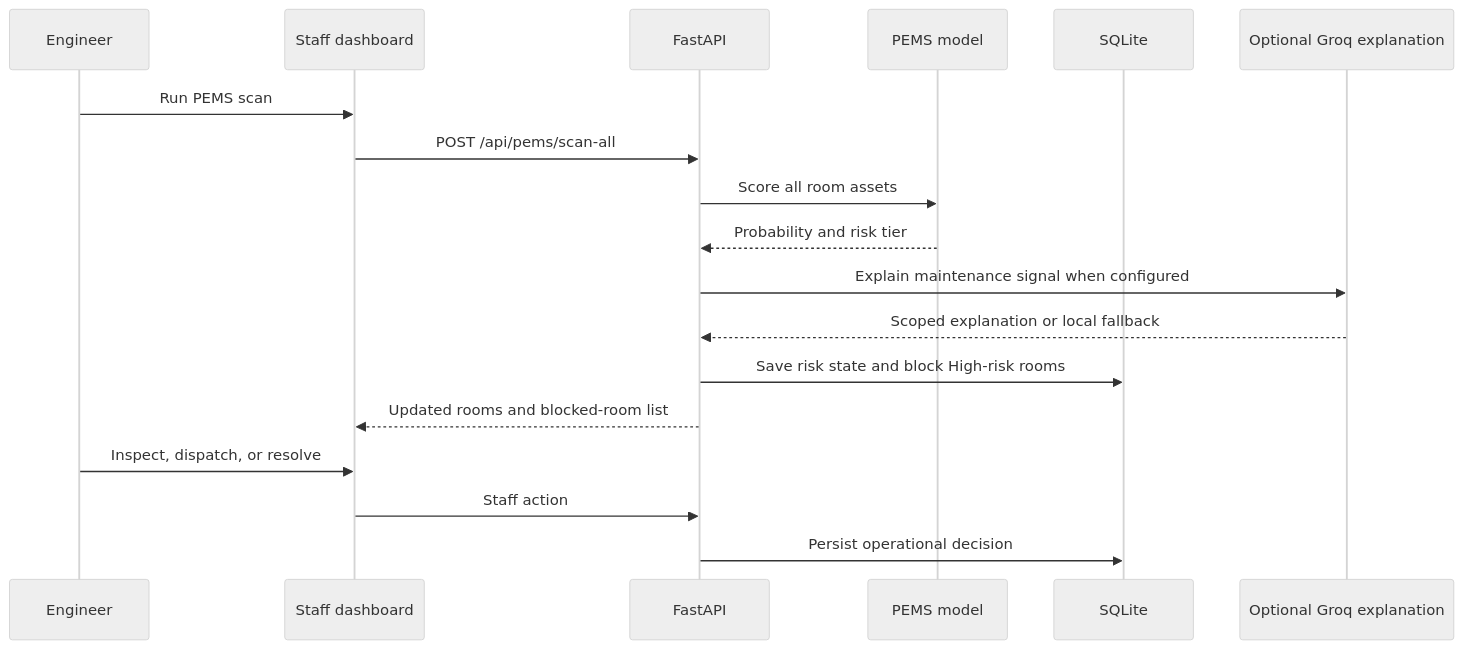
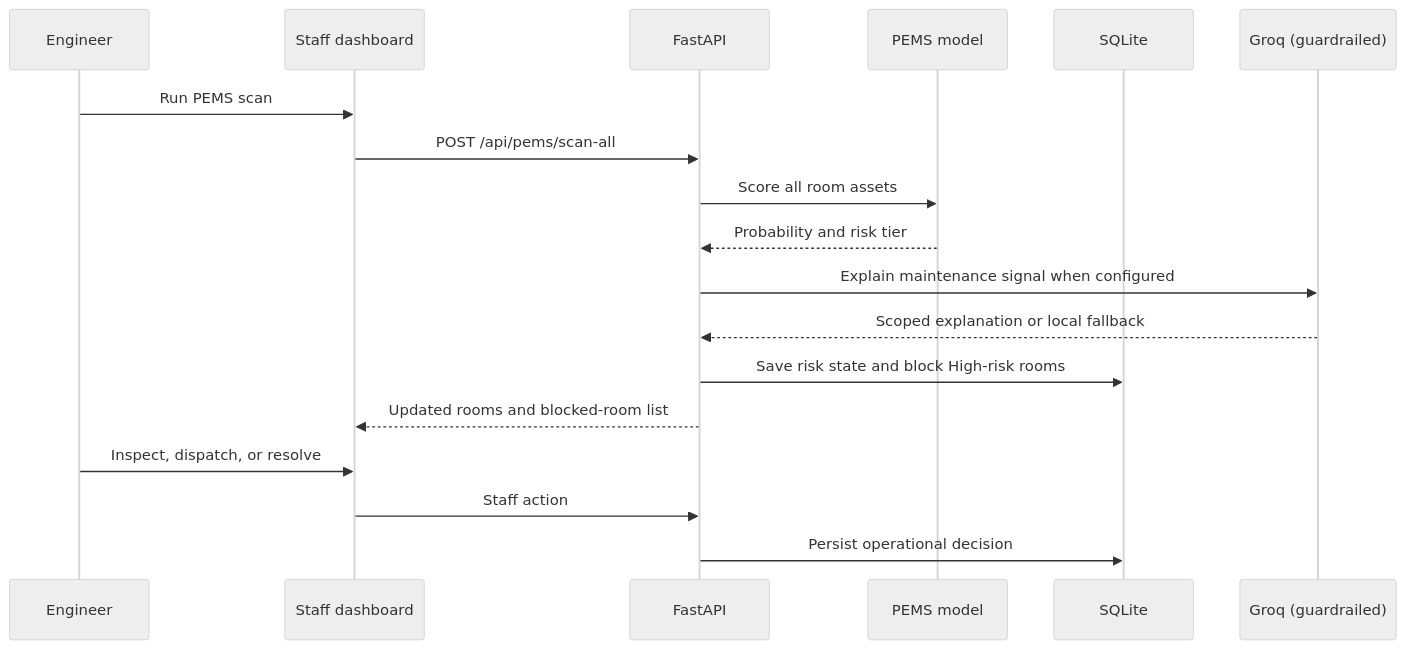
Before and after one commit to The-4Script/ResortOS: the third of 3 diagrams in README.md, drawn with Mermaid (neutral theme). The commit also changed other lines of this file, not shown here.

````diff
--- a/README.md
+++ b/README.md
@@ -150,21 +122,21 @@
 ```mermaid
 sequenceDiagram
     participant Engineer
     participant UI as Staff dashboard
     participant API as FastAPI
     participant PEMS as PEMS model
     participant DB as SQLite
-    participant AI as Optional Groq explanation
+    participant AI as Groq (guardrailed)
 
     Engineer->>UI: Run PEMS scan
     UI->>API: POST /api/pems/scan-all
     API->>PEMS: Score all room assets
     PEMS-->>API: Probability and risk tier
     API->>AI: Explain maintenance signal when configured
     AI-->>API: Scoped explanation or local fallback
     API->>DB: Save risk state and block High-risk rooms
     API-->>UI: Updated rooms and blocked-room list
     Engineer->>UI: Inspect, dispatch, or resolve
     UI->>API: Staff action
     API->>DB: Persist operational decision
 ```
````
